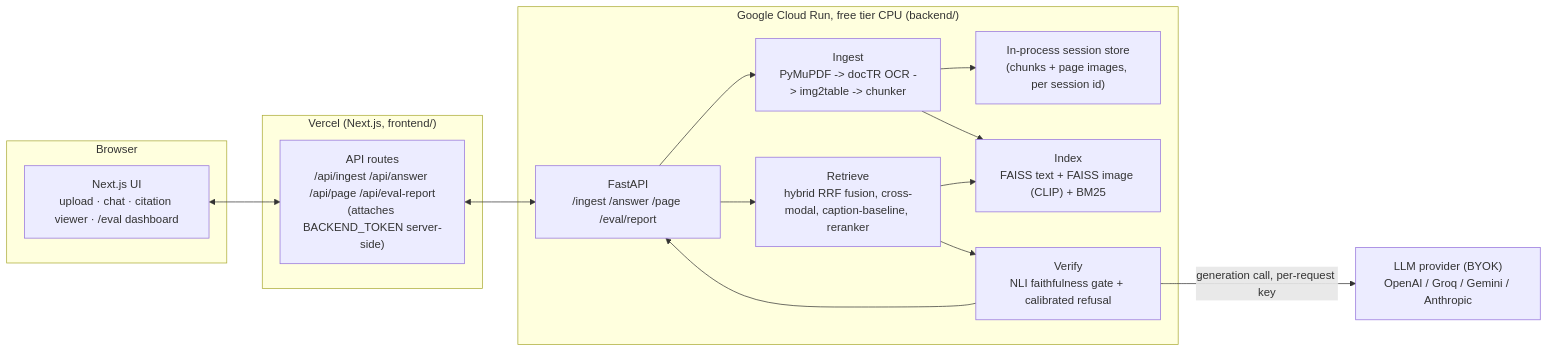
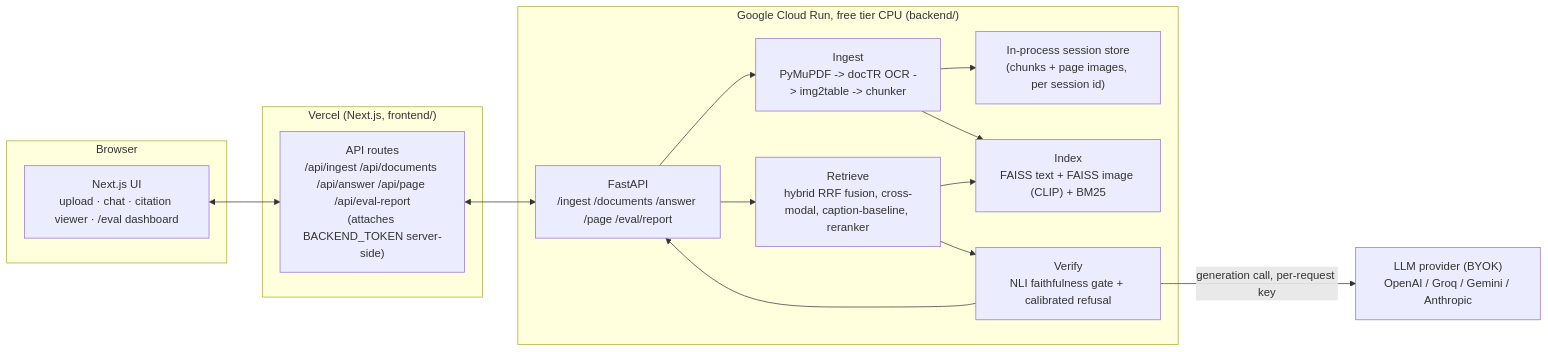
One commit to shiva-shivanibokka/Multimodal-RAG changed the diagram in README.md. Above: the diagram before and after it, drawn with Mermaid. The commit also changed other lines of this file and 1 other file, not shown here.

````diff
--- a/README.md
+++ b/README.md
@@ -100,27 +107,27 @@
 ```mermaid
 flowchart LR
     subgraph Browser
         UI["Next.js UI\nupload · chat · citation viewer · /eval dashboard"]
     end
     subgraph Vercel["Vercel (Next.js, frontend/)"]
-        Proxy["API routes\n/api/ingest /api/answer /api/page /api/eval-report\n(attaches BACKEND_TOKEN server-side)"]
+        Proxy["API routes\n/api/ingest /api/documents /api/answer /api/page /api/eval-report\n(attaches BACKEND_TOKEN server-side)"]
     end
     subgraph Space["Google Cloud Run, free tier CPU (backend/)"]
-        API["FastAPI\n/ingest /answer /page /eval/report"]
+        API["FastAPI\n/ingest /documents /answer /page /eval/report"]
         Ingest["Ingest\nPyMuPDF -> docTR OCR -> img2table -> chunker"]
         Index["Index\nFAISS text + FAISS image (CLIP) + BM25"]
         Retrieve["Retrieve\nhybrid RRF fusion, cross-modal, caption-baseline, reranker"]
         Verify["Verify\nNLI faithfulness gate + calibrated refusal"]
         Session["In-process session store\n(chunks + page images, per session id)"]
     end
     Provider["LLM provider (BYOK)\nOpenAI / Groq / Gemini / Anthropic"]
 
     UI <--> Proxy
     Proxy <--> API
     API --> Ingest --> Session
     Ingest --> Index
     API --> Retrieve --> Index
     Retrieve --> Verify
     Verify -- generation call, per-request key --> Provider
     Verify --> API
 ```
````
